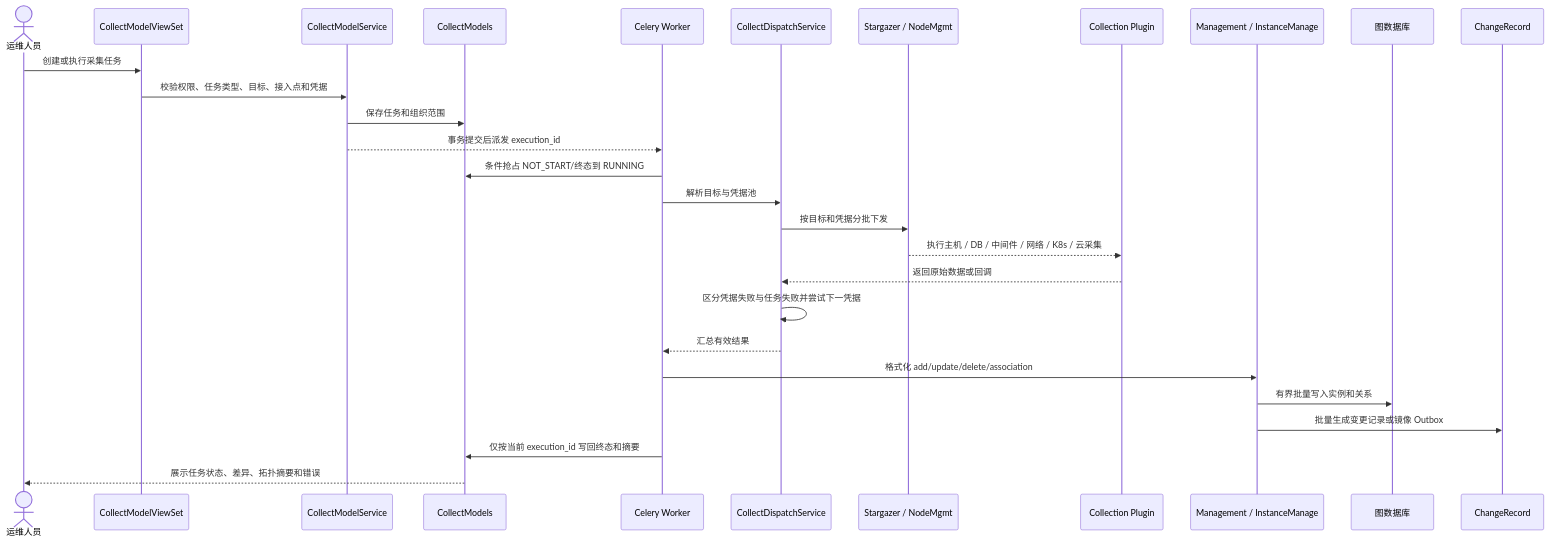
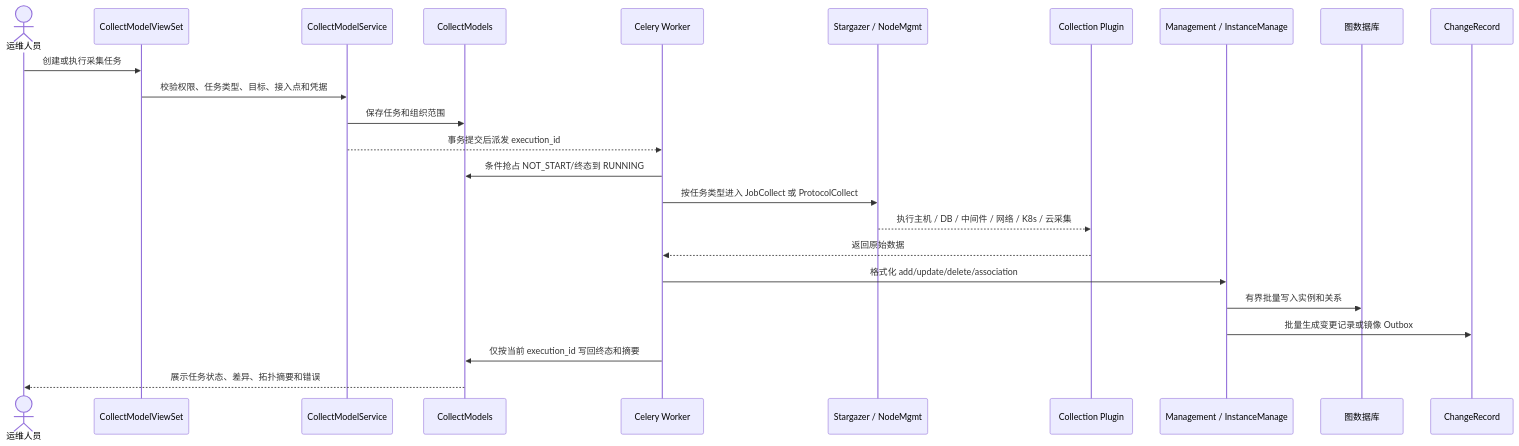
Before and after one commit to TencentBlueKing/bk-lite: the eighth of 17 diagrams in server/apps/cmdb/BUSINESS_ARCHITECTURE.md, drawn with Mermaid. The commit also changed other lines of this file and 38 other files, not shown here.

````diff
--- a/server/apps/cmdb/BUSINESS_ARCHITECTURE.md
+++ b/server/apps/cmdb/BUSINESS_ARCHITECTURE.md
@@ -343,31 +343,27 @@
 ```mermaid
 sequenceDiagram
     actor User as 运维人员
     participant API as CollectModelViewSet
     participant Service as CollectModelService
     participant DB as CollectModels
     participant Celery as Celery Worker
-    participant Dispatch as CollectDispatchService
     participant Agent as Stargazer / NodeMgmt
     participant Plugin as Collection Plugin
     participant Merge as Management / InstanceManage
     participant Graph as 图数据库
     participant Audit as ChangeRecord
 
     User->>API: 创建或执行采集任务
     API->>Service: 校验权限、任务类型、目标、接入点和凭据
     Service->>DB: 保存任务和组织范围
     Service-->>Celery: 事务提交后派发 execution_id
     Celery->>DB: 条件抢占 NOT_START/终态到 RUNNING
-    Celery->>Dispatch: 解析目标与凭据池
-    Dispatch->>Agent: 按目标和凭据分批下发
+    Celery->>Agent: 按任务类型进入 JobCollect 或 ProtocolCollect
     Agent-->>Plugin: 执行主机 / DB / 中间件 / 网络 / K8s / 云采集
-    Plugin-->>Dispatch: 返回原始数据或回调
-    Dispatch->>Dispatch: 区分凭据失败与任务失败并尝试下一凭据
-    Dispatch-->>Celery: 汇总有效结果
+    Plugin-->>Celery: 返回原始数据
     Celery->>Merge: 格式化 add/update/delete/association
     Merge->>Graph: 有界批量写入实例和关系
     Merge->>Audit: 批量生成变更记录或镜像 Outbox
     Celery->>DB: 仅按当前 execution_id 写回终态和摘要
     DB-->>User: 展示任务状态、差异、拓扑摘要和错误
 ```
````
